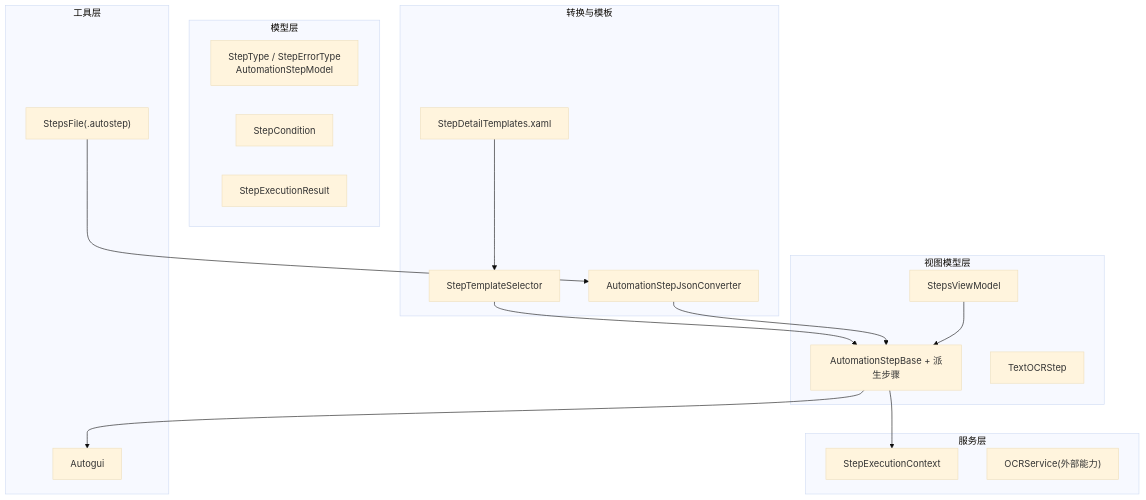
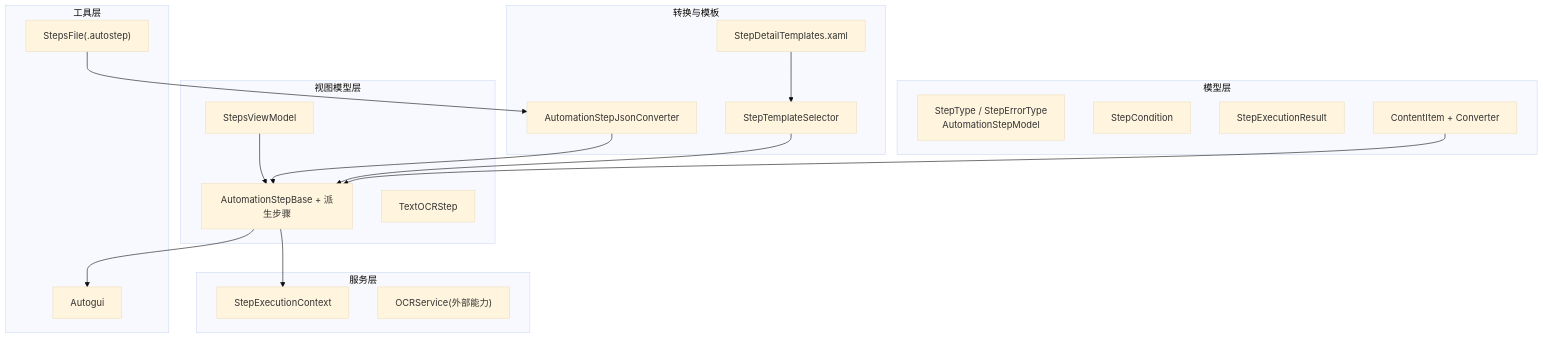
The first of 9 diagrams in .qoder/repowiki/zh/content/开发指南/自定义步骤开发.md (yooxii/ShaoLuAuto), drawn with Mermaid (base theme) before and after one commit. The commit also changed other lines of this file and 45 other files, not shown here.

````diff
--- a/.qoder/repowiki/zh/content/开发指南/自定义步骤开发.md
+++ b/.qoder/repowiki/zh/content/开发指南/自定义步骤开发.md
@@ -37,33 +47,35 @@
 ```mermaid
 graph TB
 subgraph "模型层"
 M1["StepType / StepErrorType<br/>AutomationStepModel"]
 M2["StepCondition"]
 M3["StepExecutionResult"]
+M4["ContentItem + Converter"]
 end
 subgraph "服务层"
 S1["StepExecutionContext"]
 S2["OCRService(外部能力)"]
 end
 subgraph "视图模型层"
 V1["AutomationStepBase + 派生步骤"]
 V2["StepsViewModel"]
 V3["TextOCRStep"]
 end
 subgraph "转换与模板"
 C1["AutomationStepJsonConverter"]
 C2["StepTemplateSelector"]
 T1["StepDetailTemplates.xaml"]
 end
 subgraph "工具层"
 U1["Autogui"]
 U2["StepsFile(.autostep)"]
 end
 V1 --> S1
 V1 --> U1
 V2 --> V1
 C1 --> V1
 C2 --> V1
 U2 --> C1
 T1 --> C2
+M4 --> V1
 ```
````
